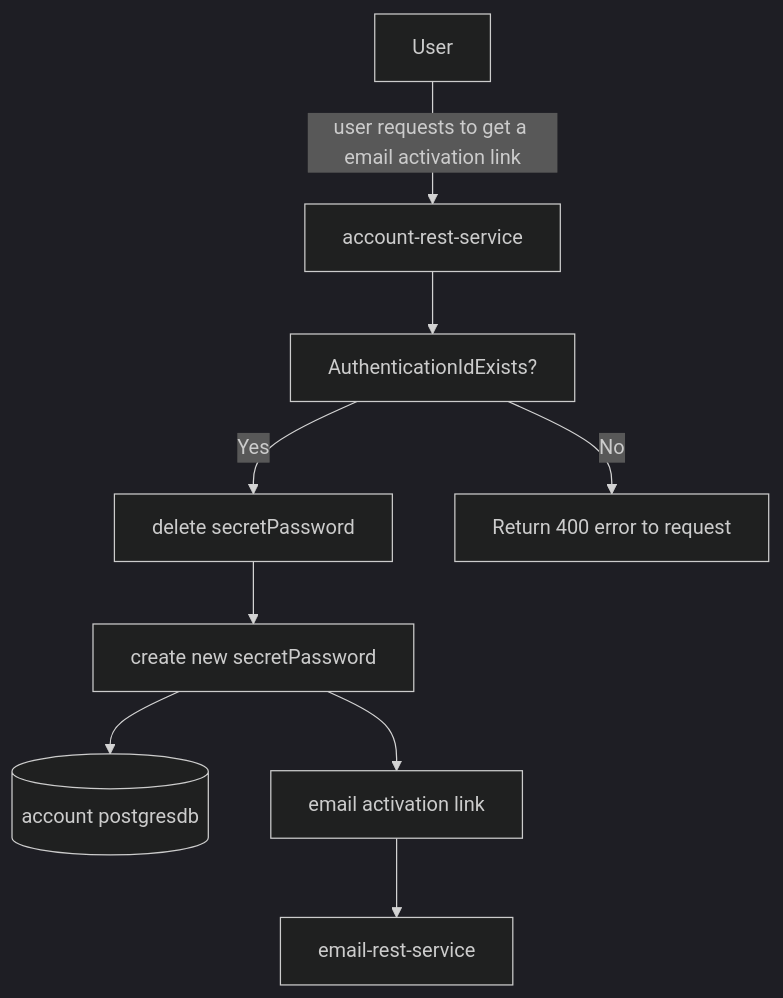
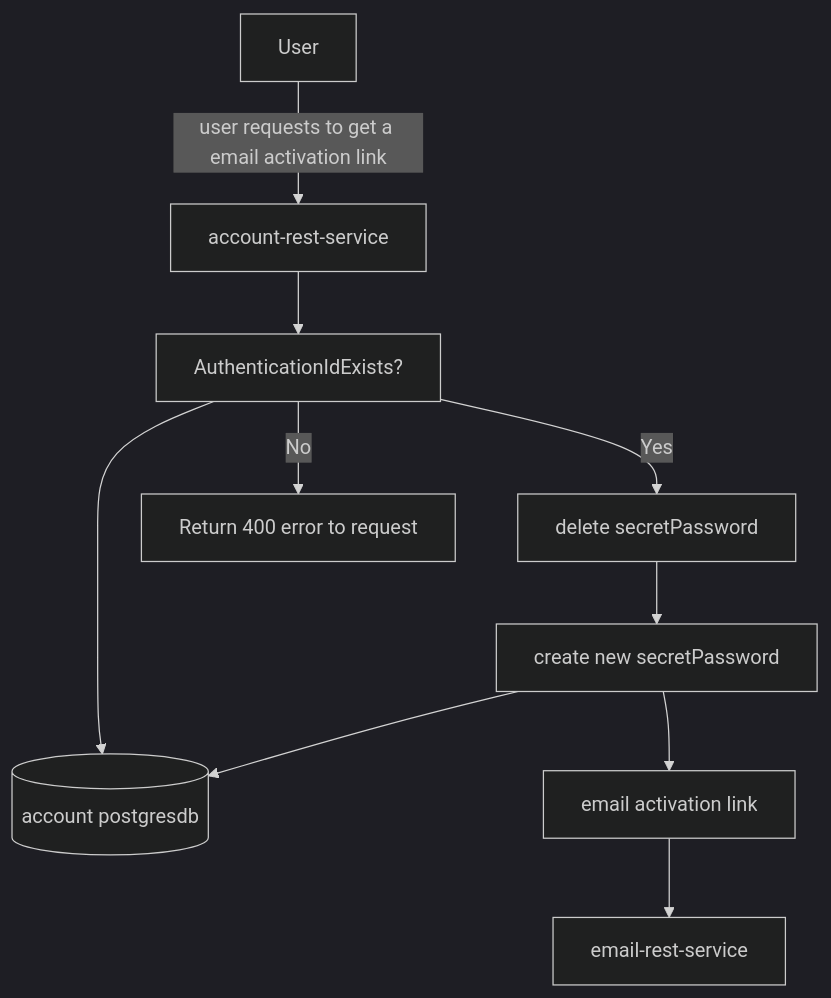
The third of 3 diagrams in README.md (sonamsamdupkhangsar/account-rest-service), drawn with Mermaid (dark theme) before and after one commit.

````diff
--- a/README.md
+++ b/README.md
@@ -113,12 +113,13 @@
 ```mermaid
 flowchart TD
   User --"user requests to get a email activation link"--> account-rest-service
   account-rest-service --> validateAuthenticationIdExists["AuthenticationIdExists?"]
+  validateAuthenticationIdExists --> accountDb[(account postgresdb)]
   validateAuthenticationIdExists -->|Yes| deleteAnySecretPassword["delete secretPassword"]
   validateAuthenticationIdExists -->|No| ReturnError[Return 400 error to request]
   deleteAnySecretPassword --> createNewSecretPassword["create new secretPassword"]
-  createNewSecretPassword --> accountDb[(account postgresdb)]
+  createNewSecretPassword --> accountDb
   createNewSecretPassword --> emailActivationLink["email activation link"]
   emailActivationLink --> email-rest-service
                        
 ```
````
